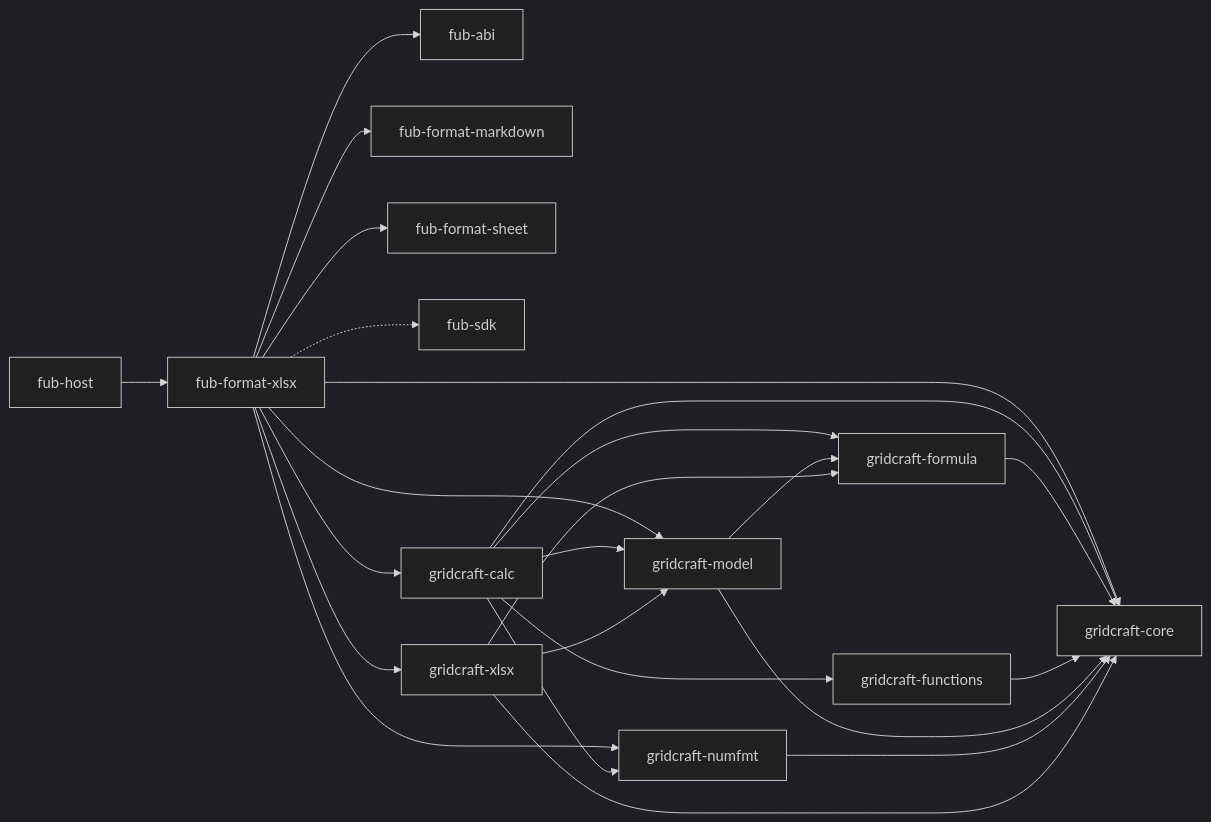
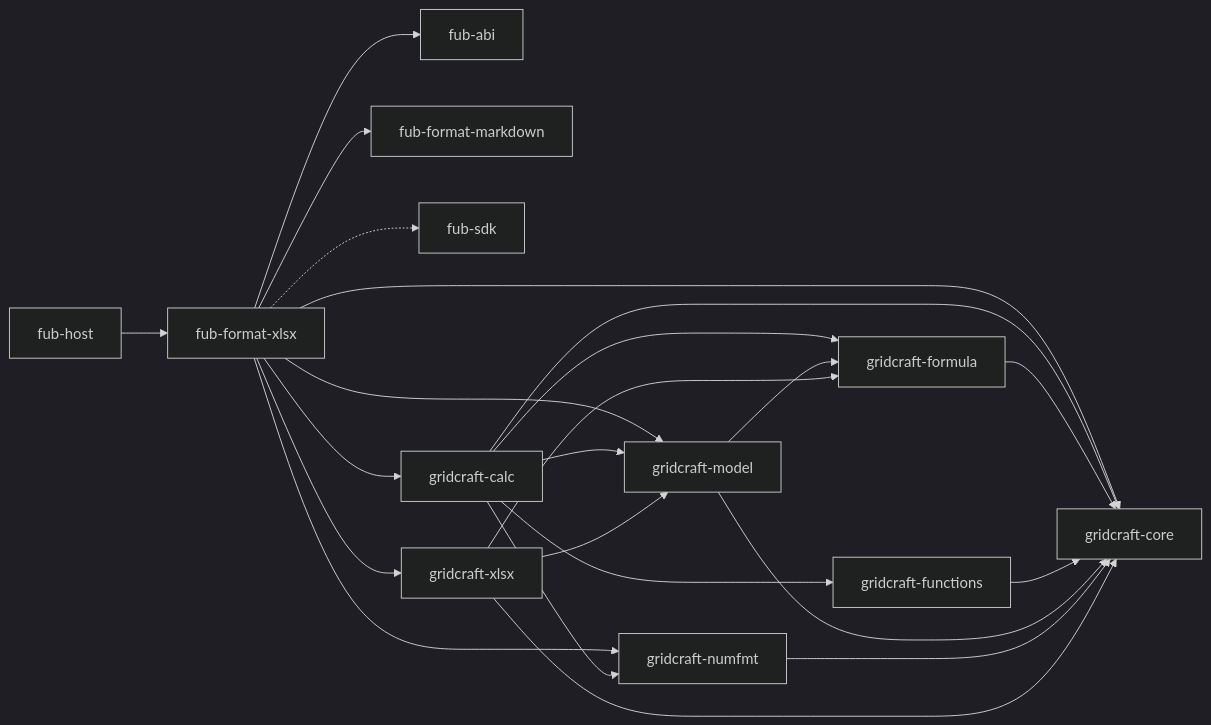
Before and after one commit to Fubeo/Fub: the third of 4 diagrams in docs/architecture/overview.md, drawn with Mermaid (dark theme). The commit also changed other lines of this file and 73 other files, not shown here.

````diff
--- a/docs/architecture/overview.md
+++ b/docs/architecture/overview.md
@@ -160,43 +156,41 @@
 ```mermaid
 flowchart LR
     %% @grafo-dipendenze
     %% Il seguito del grafo: fub-format-xlsx e i crate di GridCraft.
 
     host["fub-host"]
     abi["fub-abi"]
     markdown["fub-format-markdown"]
-    sheet["fub-format-sheet"]
     sdk["fub-sdk"]
     xlsx["fub-format-xlsx"]
     gcalc["gridcraft-calc"]
     gcore["gridcraft-core"]
     gformula["gridcraft-formula"]
     gfunctions["gridcraft-functions"]
     gnumfmt["gridcraft-numfmt"]
     gmodel["gridcraft-model"]
     gxlsx["gridcraft-xlsx"]
 
     host --> xlsx
     xlsx --> abi
     xlsx --> markdown
-    xlsx --> sheet
     xlsx -.-> sdk
     xlsx --> gcalc
     xlsx --> gcore
     xlsx --> gmodel
     xlsx --> gnumfmt
     xlsx --> gxlsx
     gcalc --> gcore
     gcalc --> gformula
     gcalc --> gfunctions
     gcalc --> gmodel
     gcalc --> gnumfmt
     gformula --> gcore
     gfunctions --> gcore
     gmodel --> gcore
     gmodel --> gformula
     gnumfmt --> gcore
     gxlsx --> gcore
     gxlsx --> gformula
     gxlsx --> gmodel
 ```
````
